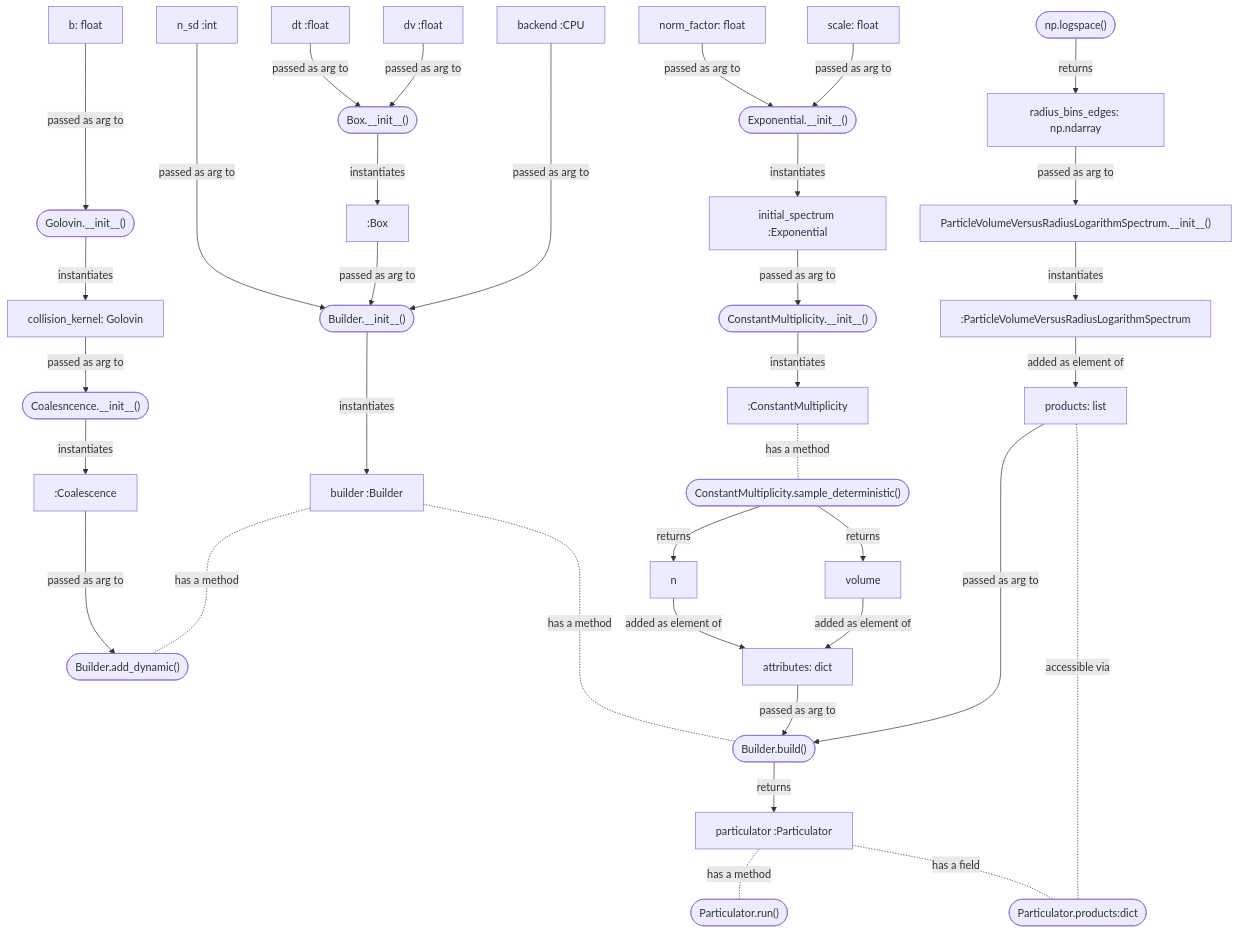
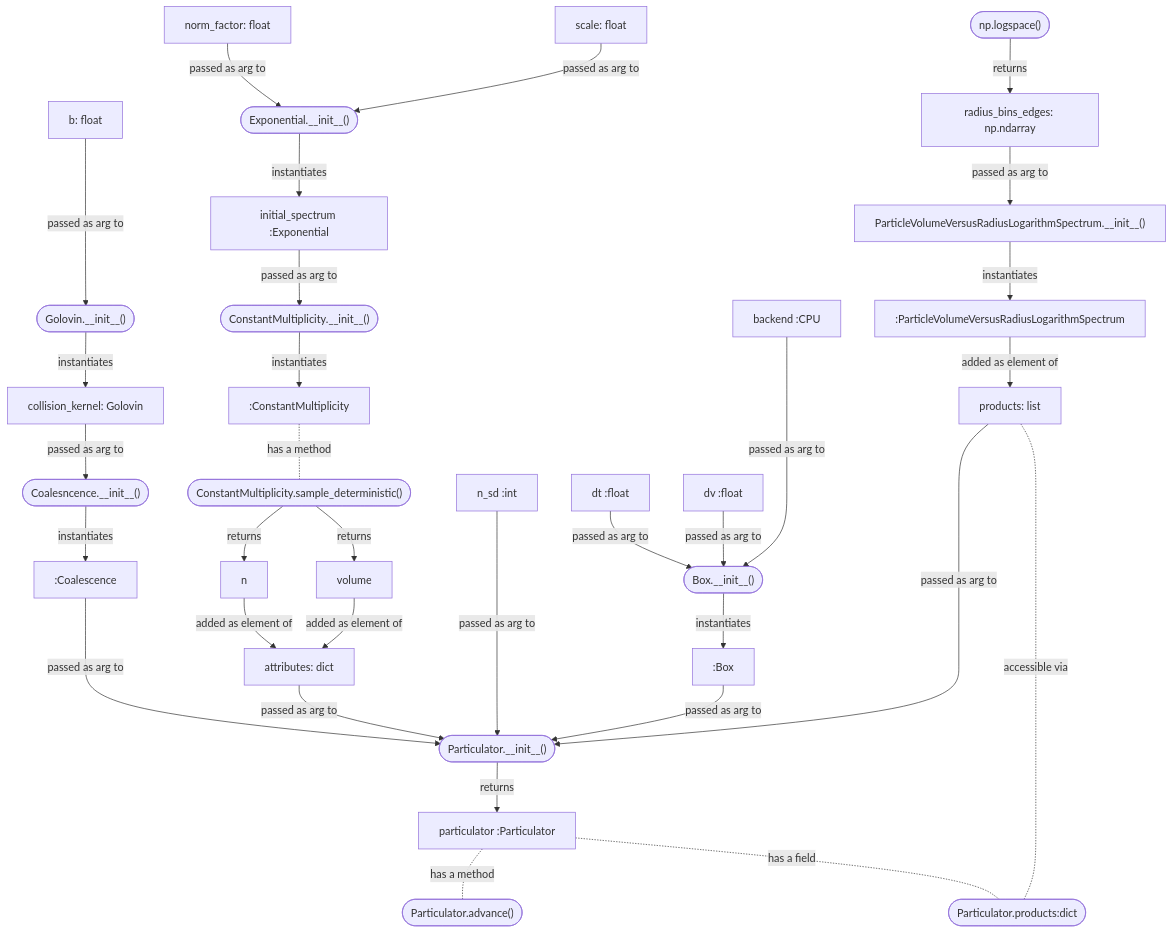
One commit to open-atmos/PySDM changed the first of 2 diagrams in docs/markdown/pysdm_landing.md. Above: the diagram before and after it, drawn with Mermaid. The commit also changed other lines of this file and 813 other files, not shown here.

````diff
--- a/docs/markdown/pysdm_landing.md
+++ b/docs/markdown/pysdm_landing.md
@@ -303,57 +297,51 @@
 ```mermaid
  graph
-    COAL[":Coalescence"] --->|passed as arg to| BUILDER_ADD_DYN(["Builder.add_dynamic()"])
-    BUILDER_INSTANCE["builder :Builder"] -...-|has a method| BUILDER_BUILD(["Builder.build()"])
-    ATTRIBUTES[attributes: dict] -->|passed as arg to| BUILDER_BUILD
-    N_SD["n_sd :int"] ---->|passed as arg to| BUILDER_INIT
-    BUILDER_INIT(["Builder.__init__()"]) --->|instantiates| BUILDER_INSTANCE
-    BUILDER_INSTANCE -..-|has a method| BUILDER_ADD_DYN(["Builder.add_dynamic()"])
+    COAL[":Coalescence"] --->|passed as arg to| PARTICULATOR_INIT(["Particulator.__init__()"])
+    ATTRIBUTES[attributes: dict] -->|passed as arg to| PARTICULATOR_INIT
+    N_SD["n_sd :int"] ---->|passed as arg to| PARTICULATOR_INIT
     ENV_INIT(["Box.__init__()"]) -->|instantiates| ENV
     DT[dt :float] -->|passed as arg to| ENV_INIT
     DV[dv :float] -->|passed as arg to| ENV_INIT
-    ENV[":Box"] -->|passed as arg to| BUILDER_INIT
+    ENV[":Box"] -->|passed as arg to| PARTICULATOR_INIT
     B["b: float"] --->|passed as arg to| KERNEL_INIT(["Golovin.__init__()"])
     KERNEL_INIT -->|instantiates| KERNEL
     KERNEL[collision_kernel: Golovin] -->|passed as arg to| COAL_INIT(["Coalesncence.__init__()"])
     COAL_INIT -->|instantiates| COAL
-    PRODUCTS[products: list] ----->|passed as arg to| BUILDER_BUILD
+    PRODUCTS[products: list] ----->|passed as arg to| PARTICULATOR_INIT
     NORM_FACTOR[norm_factor: float]-->|passed as arg to| EXP_INIT
     SCALE[scale: float]-->|passed as arg to| EXP_INIT
     EXP_INIT(["Exponential.__init__()"]) -->|instantiates| IS
     IS["initial_spectrum :Exponential"] -->|passed as arg to| CM_INIT
     CM_INIT(["ConstantMultiplicity.__init__()"]) -->|instantiates| CM_INSTANCE
     CM_INSTANCE[":ConstantMultiplicity"] -.-|has a method| SAMPLE
     SAMPLE(["ConstantMultiplicity.sample_deterministic()"]) -->|returns| n
     SAMPLE -->|returns| volume
     n -->|added as element of| ATTRIBUTES
-    PARTICULATOR_INSTANCE -.-|has a method| PARTICULATOR_RUN(["Particulator.run()"])
+    PARTICULATOR_INSTANCE -.-|has a method| PARTICULATOR_ADVANCE(["Particulator.advance()"])
     volume -->|added as element of| ATTRIBUTES
-    BUILDER_BUILD -->|returns| PARTICULATOR_INSTANCE["particulator :Particulator"]
+    PARTICULATOR_INIT -->|returns| PARTICULATOR_INSTANCE["particulator :Particulator"]
     PARTICULATOR_INSTANCE -.-|has a field| PARTICULATOR_PROD(["Particulator.products:dict"])
-    BACKEND_INSTANCE["backend :CPU"] ---->|passed as arg to| BUILDER_INIT
+    BACKEND_INSTANCE["backend :CPU"] ---->|passed as arg to| ENV_INIT
     PRODUCTS -.-|accessible via| PARTICULATOR_PROD
     NP_LOGSPACE(["np.logspace()"]) -->|returns| EDGES
     EDGES[radius_bins_edges: np.ndarray] -->|passed as arg to| SPECTRUM_INIT
     SPECTRUM_INIT["ParticleVolumeVersusRadiusLogarithmSpectrum.__init__()"] -->|instantiates| SPECTRUM
     SPECTRUM[":ParticleVolumeVersusRadiusLogarithmSpectrum"] -->|added as element of| PRODUCTS
 
     click COAL "https://open-atmos.github.io/PySDM/PySDM/dynamics/collisions/collision.html#Coalescence"
-    click BUILDER_INSTANCE "https://open-atmos.github.io/PySDM/PySDM/builder.html"
-    click BUILDER_INIT "https://open-atmos.github.io/PySDM/PySDM/builder.html"
-    click BUILDER_ADD_DYN "https://open-atmos.github.io/PySDM/PySDM/builder.html"
+    click PARTICULATOR_INIT "https://open-atmos.github.io/PySDM/PySDM/particulator.html"
     click ENV_INIT "https://open-atmos.github.io/PySDM/PySDM/environments.html"
     click ENV "https://open-atmos.github.io/PySDM/PySDM/environments.html"
     click KERNEL_INIT "https://open-atmos.github.io/PySDM/PySDM/dynamics/collisions/collision_kernels.html"
     click KERNEL "https://open-atmos.github.io/PySDM/PySDM/dynamics/collisions/collision_kernels.html"
     click EXP_INIT "https://open-atmos.github.io/PySDM/PySDM/initialisation/spectra.html"
     click IS "https://open-atmos.github.io/PySDM/PySDM/initialisation/spectra.html"
     click CM_INIT "https://open-atmos.github.io/PySDM/PySDM/initialisation/sampling/spectral_sampling.html"
     click CM_INSTANCE "https://open-atmos.github.io/PySDM/PySDM/initialisation/sampling/spectral_sampling.html"
     click SAMPLE "https://open-atmos.github.io/PySDM/PySDM/initialisation/sampling/spectral_sampling.html"
     click PARTICULATOR_INSTANCE "https://open-atmos.github.io/PySDM/PySDM/particulator.html"
     click BACKEND_INSTANCE "https://open-atmos.github.io/PySDM/PySDM/backends/numba.html"
-    click BUILDER_BUILD "https://open-atmos.github.io/PySDM/PySDM/builder.html"
     click NP_LOGSPACE "https://numpy.org/doc/stable/reference/generated/numpy.logspace.html"
     click SPECTRUM_INIT "https://open-atmos.github.io/PySDM/PySDM/products/size_spectral/particle_volume_versus_radius_logarithm_spectrum.html"
     click SPECTRUM "https://open-atmos.github.io/PySDM/PySDM/products/size_spectral/particle_volume_versus_radius_logarithm_spectrum.html"
 ```
````
